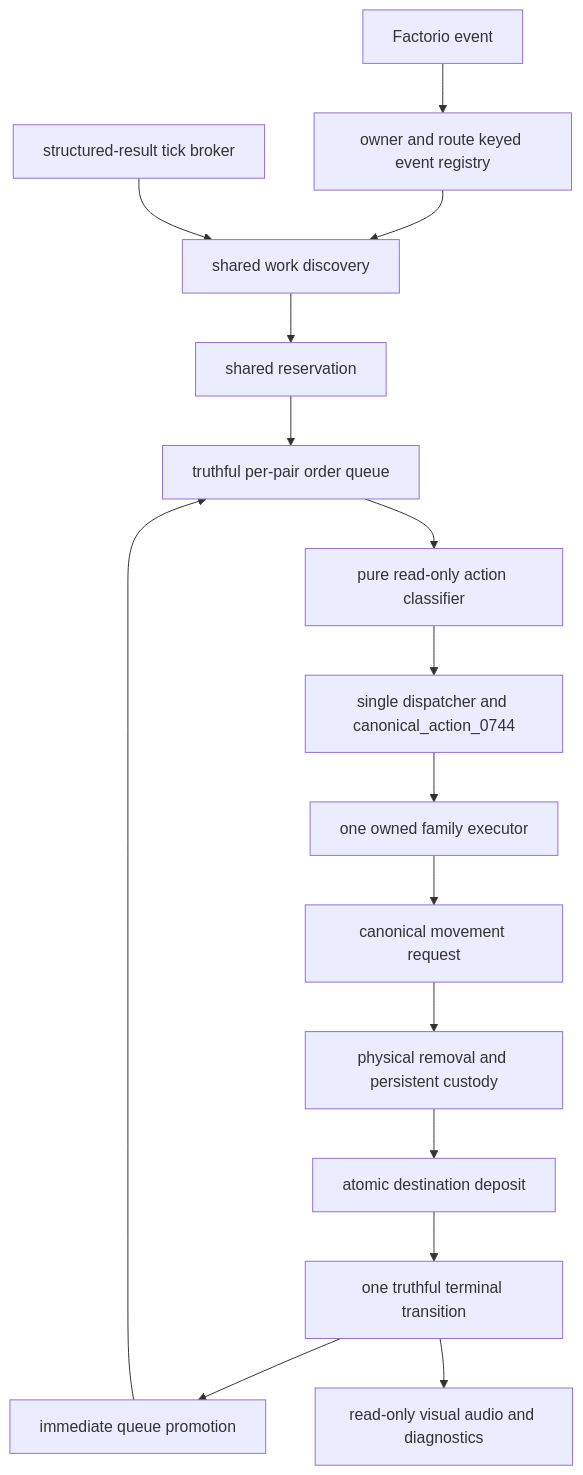
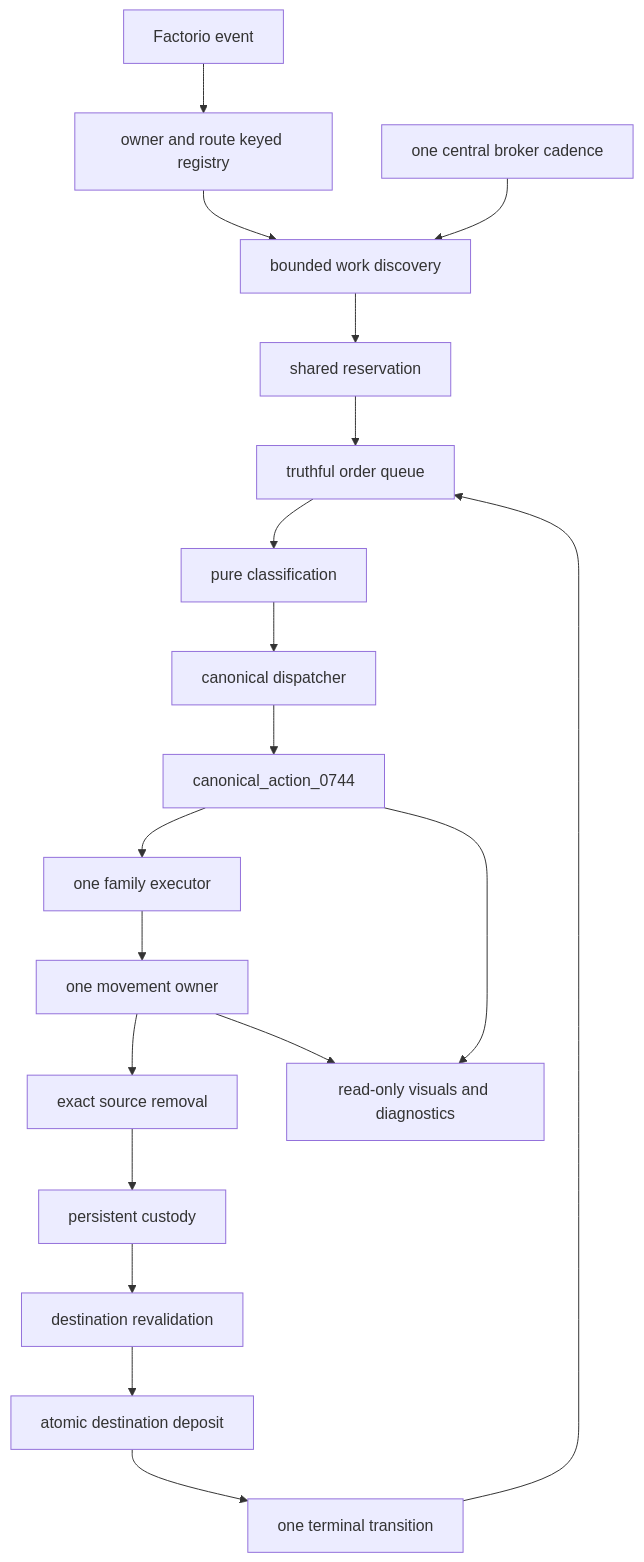
One commit to mrcalzon02/Tech-Priests changed the fifth of 11 diagrams in docs/RECOVERY_AUTHORITY_MAP_CURRENT.md. Above: the diagram before and after it, drawn with Mermaid. The commit also changed other lines of this file, not shown here.

Commit message:
Map broker-first hardener recovery

````diff
--- a/docs/RECOVERY_AUTHORITY_MAP_CURRENT.md
+++ b/docs/RECOVERY_AUTHORITY_MAP_CURRENT.md
@@ -56,24 +96,27 @@
 ```mermaid
 flowchart TD
     Event[Factorio event]
-    Registry[owner and route keyed event registry]
-    Broker[structured-result tick broker]
-    Discovery[shared work discovery]
+    Registry[owner and route keyed registry]
+    Broker[one central broker cadence]
+    Discovery[bounded work discovery]
     Reservation[shared reservation]
-    Queue[truthful per-pair order queue]
-    Classifier[pure read-only action classifier]
-    Dispatcher[single dispatcher and canonical_action_0744]
-    Executor[one owned family executor]
-    Movement[canonical movement request]
-    Custody[physical removal and persistent custody]
+    Queue[truthful order queue]
+    Classification[pure classification]
+    Dispatcher[canonical dispatcher]
+    Action[canonical_action_0744]
+    Executor[one family executor]
+    Move[one movement owner]
+    Remove[exact source removal]
+    Carry[persistent custody]
+    Revalidate[destination revalidation]
     Deposit[atomic destination deposit]
-    Terminal[one truthful terminal transition]
-    Promotion[immediate queue promotion]
-    Observe[read-only visual audio and diagnostics]
+    Terminal[one terminal transition]
+    Observe[read-only visuals and diagnostics]
 
     Event --> Registry --> Discovery
     Broker --> Discovery
-    Discovery --> Reservation --> Queue --> Classifier --> Dispatcher --> Executor
-    Executor --> Movement --> Custody --> Deposit --> Terminal --> Promotion --> Queue
-    Terminal --> Observe
+    Discovery --> Reservation --> Queue --> Classification --> Dispatcher --> Action --> Executor
+    Executor --> Move --> Remove --> Carry --> Revalidate --> Deposit --> Terminal --> Queue
+    Action --> Observe
+    Move --> Observe
 ```
````
